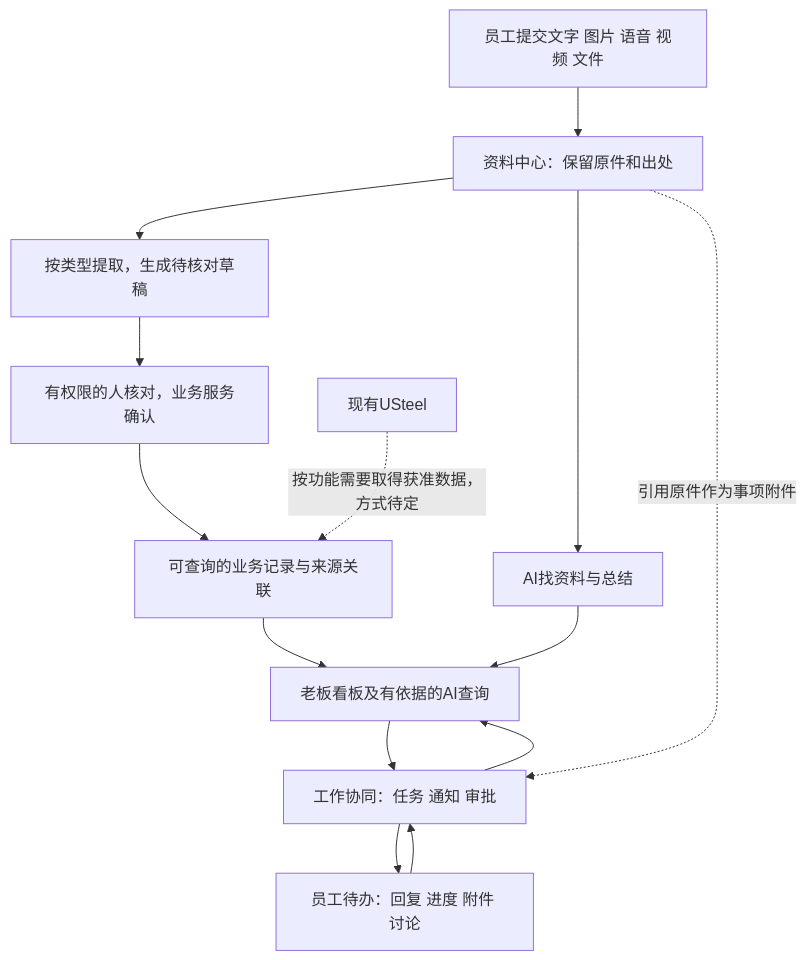
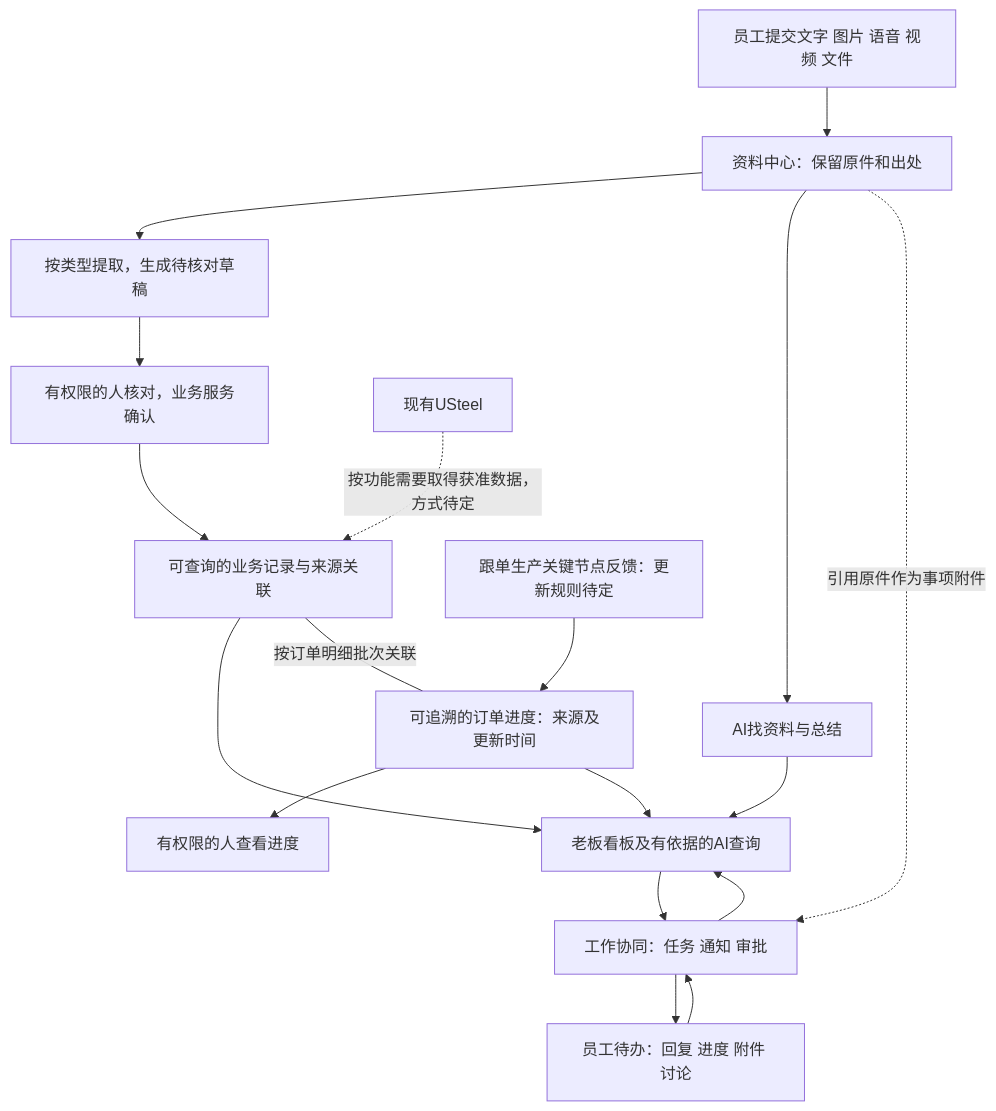
Before and after one commit to longshi888888/longshi: the diagram in AI调研/产品经理调研/2026-10-24-系统全貌一页说明.md, drawn with Mermaid. The commit also changed other lines of this file and 129 other files, not shown here.

Commit message:
收敛周一系统图纸、限定技术实测与公开接续成果

````diff
--- a/AI调研/产品经理调研/2026-10-24-系统全貌一页说明.md
+++ b/AI调研/产品经理调研/2026-10-24-系统全貌一页说明.md
@@ -26,16 +37,20 @@
 ```mermaid
 flowchart TD
     A[员工提交文字 图片 语音 视频 文件] --> B[资料中心：保留原件和出处]
     B --> C[按类型提取，生成待核对草稿]
     C --> D[有权限的人核对，业务服务确认]
     D --> E[可查询的业务记录与来源关联]
     U[现有USteel] -.按功能需要取得获准数据，方式待定.-> E
     B --> F[AI找资料与总结]
     E --> G[老板看板及有依据的AI查询]
+    P[跟单生产关键节点反馈：更新规则待定] --> R[可追溯的订单进度：来源及更新时间]
+    E ---|按订单明细批次关联| R
+    R --> V[有权限的人查看进度]
+    R --> G
     F --> G
     G --> H[工作协同：任务 通知 审批]
     H --> I[员工待办：回复 进度 附件 讨论]
     I --> H
     H --> G
     B -.引用原件作为事项附件.-> H
 ```
````
